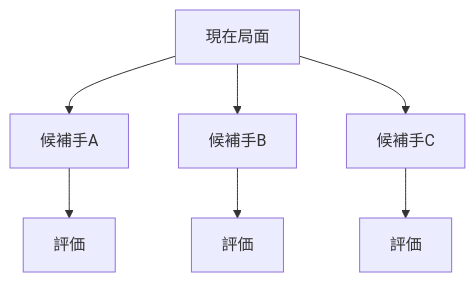
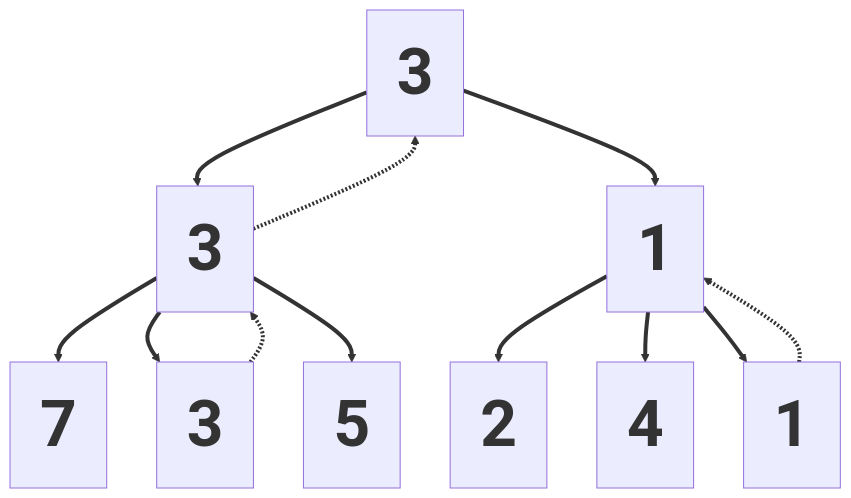
The second of 3 diagrams in slides.md (nodchip/coding-agent-shogi-ai-talk), drawn with Mermaid before and after one commit. The commit also changed other lines of this file and 2 other files, not shown here.

````diff
--- a/slides.md
+++ b/slides.md
@@ -172,9 +175,20 @@
 ```mermaid
+%%{init: {'flowchart': {'useMaxWidth': true, 'htmlLabels': false}}}%%
 flowchart TD
-  A[現在局面] --> B1[候補手A]
-  A --> B2[候補手B]
-  A --> B3[候補手C]
-  B1 --> C1[評価]
-  B2 --> C2[評価]
-  B3 --> C3[評価]
+  A[3] --> B1[3]
+  A --> B2[1]
+  B1 --> C1[7]
+  B1 --> C2[3]
+  B1 --> C3[5]
+  B2 --> C4[2]
+  B2 --> C5[4]
+  B2 --> C6[1]
+
+  C2 -.-> B1
+  C6 -.-> B2
+  B1 -.-> A
+
+  %% Mermaid flowchart docs: use classDef/style to control node visuals (incl. font-size).
+  classDef default font-size:64px,font-weight:700;
+  linkStyle default stroke-width:4px;
 ```
````
